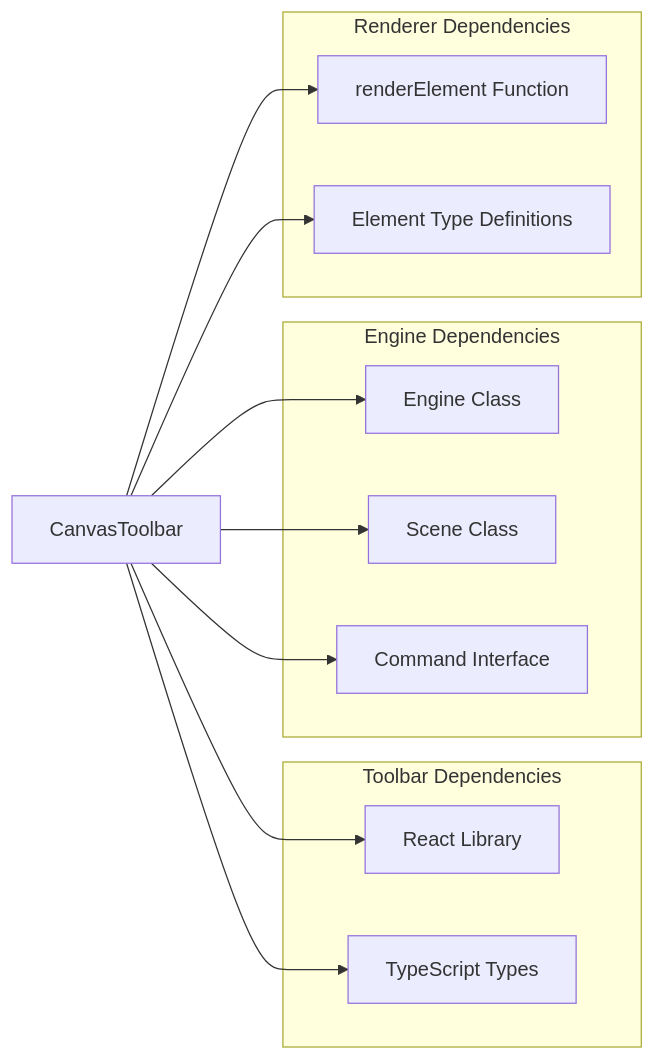
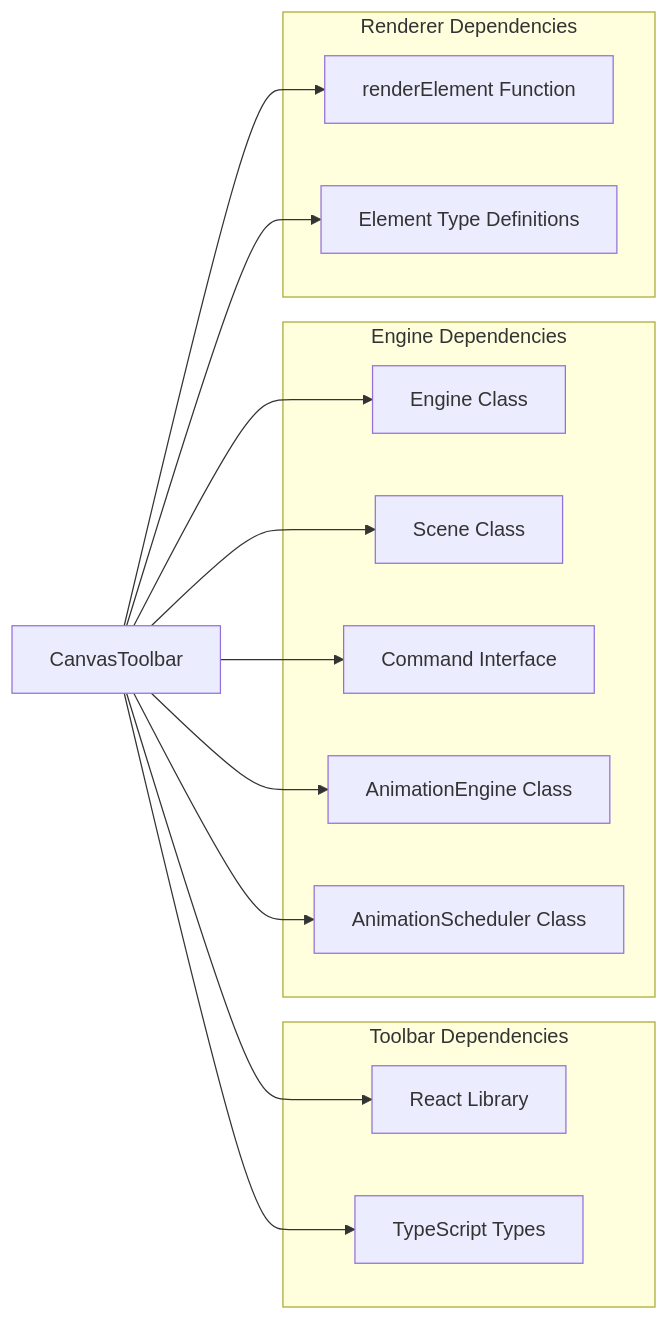
The eighth of 8 diagrams in .qoder/repowiki/en/content/User Interface Components/Canvas Toolbar Component.md (Anna0314zy/ai_editor_enginer), drawn with Mermaid before and after one commit. The commit also changed other lines of this file and 8 other files, not shown here.

````diff
--- a/.qoder/repowiki/en/content/User Interface Components/Canvas Toolbar Component.md
+++ b/.qoder/repowiki/en/content/User Interface Components/Canvas Toolbar Component.md
@@ -286,23 +406,27 @@
 ```mermaid
 graph LR
 subgraph "Toolbar Dependencies"
 React[React Library]
 Types[TypeScript Types]
 end
 subgraph "Engine Dependencies"
 EngineClass[Engine Class]
 SceneClass[Scene Class]
 CommandInterface[Command Interface]
+AnimationEngineClass[AnimationEngine Class]
+AnimationSchedulerClass[AnimationScheduler Class]
 end
 subgraph "Renderer Dependencies"
 RendererFunction[renderElement Function]
 ElementTypes[Element Type Definitions]
 end
 CanvasToolbar --> React
 CanvasToolbar --> Types
 CanvasToolbar --> EngineClass
 CanvasToolbar --> SceneClass
 CanvasToolbar --> CommandInterface
+CanvasToolbar --> AnimationEngineClass
+CanvasToolbar --> AnimationSchedulerClass
 CanvasToolbar --> RendererFunction
 CanvasToolbar --> ElementTypes
 ```
````
